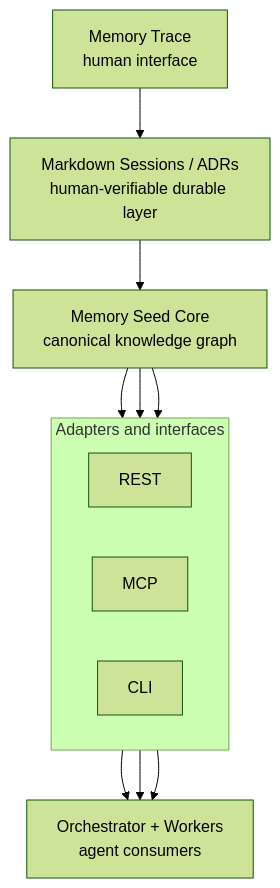
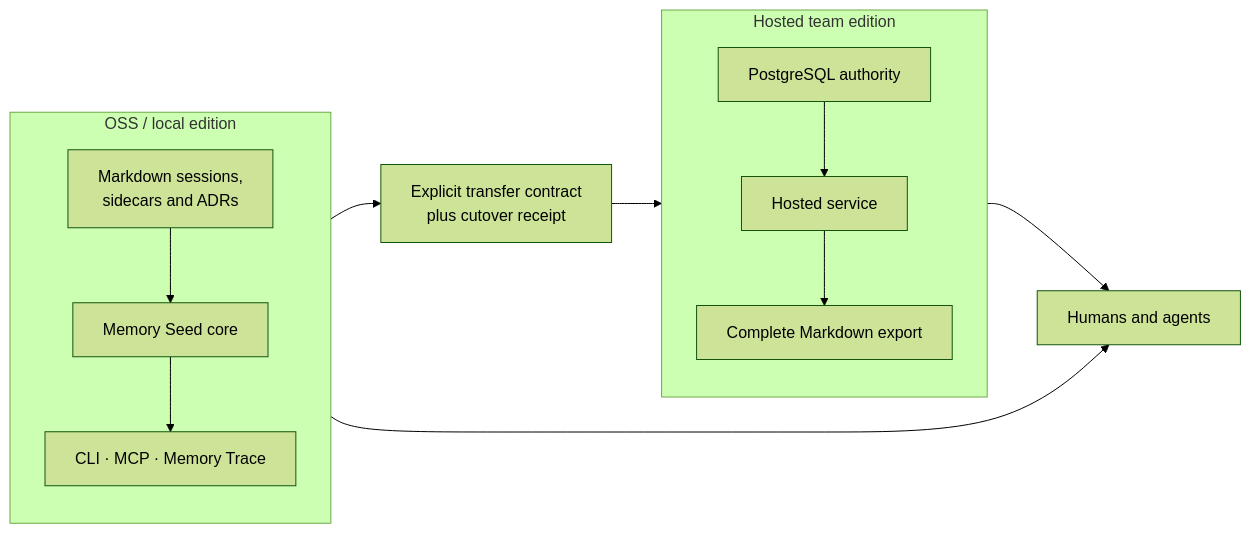
The first of 26 diagrams in docs/3_Spec/functionality-audit.md (jnl-tshi/memory-seed), drawn with Mermaid (forest theme) before and after one commit. The commit also changed other lines of this file and 3 other files, not shown here.

````diff
--- a/docs/3_Spec/functionality-audit.md
+++ b/docs/3_Spec/functionality-audit.md
@@ -61,24 +67,22 @@
 ```mermaid
-flowchart TD
-  TRACE["Memory Trace<br>human interface"]
-  MARKDOWN["Markdown Sessions / ADRs<br>human-verifiable durable layer"]
-  CORE["Memory Seed Core<br>canonical knowledge graph"]
-
-  subgraph Interfaces["Adapters and interfaces"]
-    direction LR
-    REST["REST"]
-    MCP["MCP"]
-    CLI["CLI"]
+flowchart LR
+  subgraph Local["OSS / local edition"]
+    direction TB
+    MARKDOWN["Markdown sessions,<br/>sidecars and ADRs"] --> CORE["Memory Seed core"]
+    CORE --> LOCALUI["CLI · MCP · Memory Trace"]
   end
 
-  CONSUMERS["Orchestrator + Workers<br>agent consumers"]
+  subgraph Hosted["Hosted team edition"]
+    direction TB
+    SQL["PostgreSQL authority"] --> SERVICE["Hosted service"]
+    SERVICE --> EXPORT["Complete Markdown export"]
+  end
 
-  TRACE --> MARKDOWN
-  MARKDOWN --> CORE
-  CORE --> REST
-  CORE --> MCP
-  CORE --> CLI
-  REST --> CONSUMERS
-  MCP --> CONSUMERS
-  CLI --> CONSUMERS
+  TRANSFER["Explicit transfer contract<br/>plus cutover receipt"]
+  USERS["Humans and agents"]
+
+  MARKDOWN --> TRANSFER
+  TRANSFER --> SQL
+  LOCALUI --> USERS
+  SERVICE --> USERS
 ```
````
